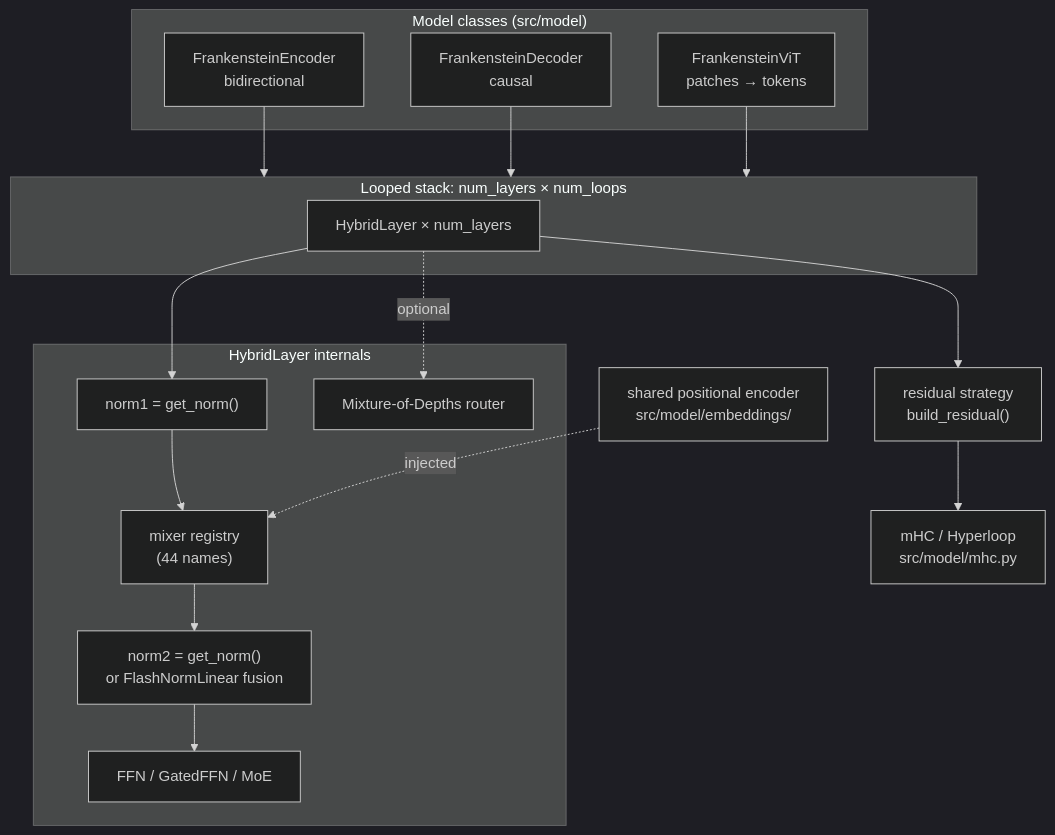
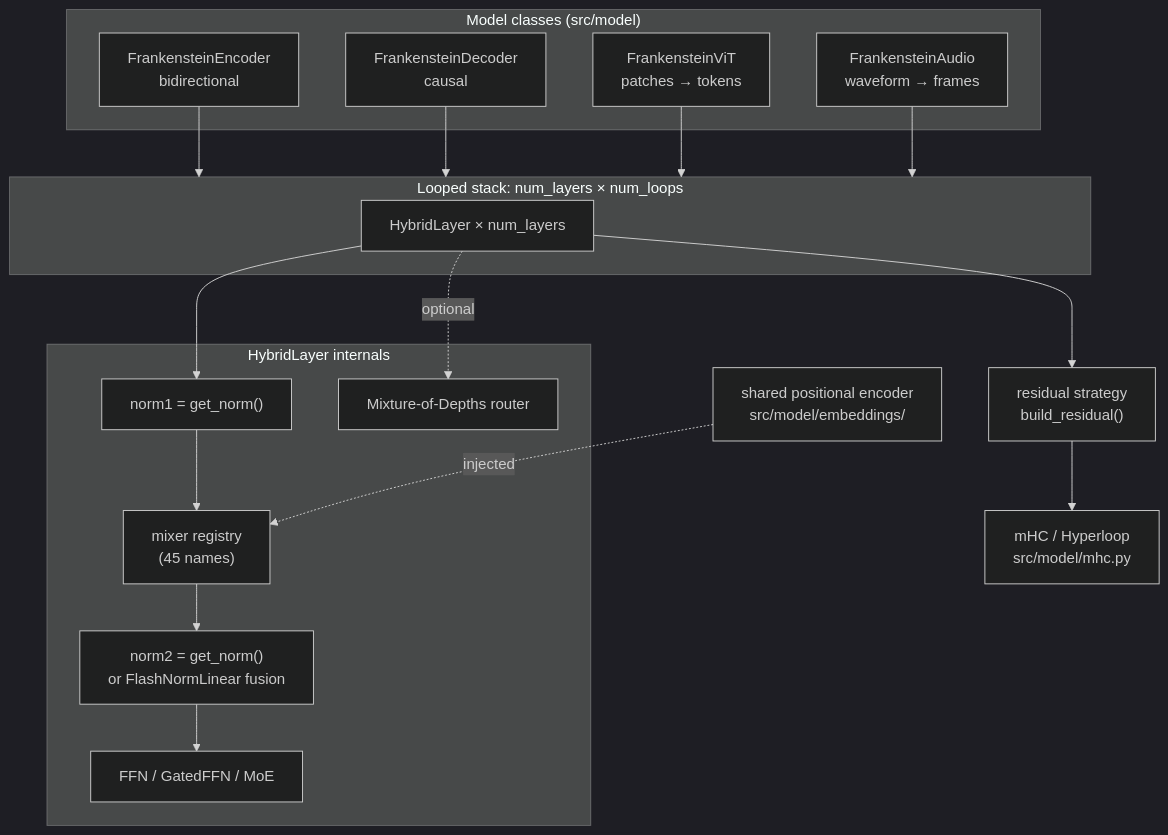
The third of 5 diagrams in frankenstein-transformer/paper/specs/architecture.md (erickfmm/erickfmm.github.io), drawn with Mermaid (dark theme) before and after one commit. The commit also changed other lines of this file and 47 other files, not shown here.

First line of the commit message:
chore(website): sync conformer mixer and audio support + estimator

````diff
--- a/frankenstein-transformer/paper/specs/architecture.md
+++ b/frankenstein-transformer/paper/specs/architecture.md
@@ -170,30 +172,32 @@
 ```mermaid
 flowchart TD
     subgraph MODELS["Model classes (src/model)"]
       ENC["FrankensteinEncoder<br/>bidirectional"]
       DEC["FrankensteinDecoder<br/>causal"]
       VIT["FrankensteinViT<br/>patches → tokens"]
+      AUD["FrankensteinAudio<br/>waveform → frames"]
     end
 
     ENC --> LOOP
     DEC --> LOOP
     VIT --> LOOP
+    AUD --> LOOP
 
     subgraph LOOP["Looped stack: num_layers × num_loops"]
       HL["HybridLayer × num_layers"]
     end
 
     subgraph HYBRID["HybridLayer internals"]
       N1["norm1 = get_norm()"]
-      MX["mixer registry<br/>(44 names)"]
+      MX["mixer registry<br/>(45 names)"]
       FF["FFN / GatedFFN / MoE"]
       N2["norm2 = get_norm()<br/>or FlashNormLinear fusion"]
       MOD["Mixture-of-Depths router"]
     end
 
     HL --> N1 --> MX --> N2 --> FF
     HL -. optional .-> MOD
     PE["shared positional encoder<br/>src/model/embeddings/"] -. injected .-> MX
     HL --> RES["residual strategy<br/>build_residual()"]
     RES --> MHC["mHC / Hyperloop<br/>src/model/mhc.py"]
 ```
````
